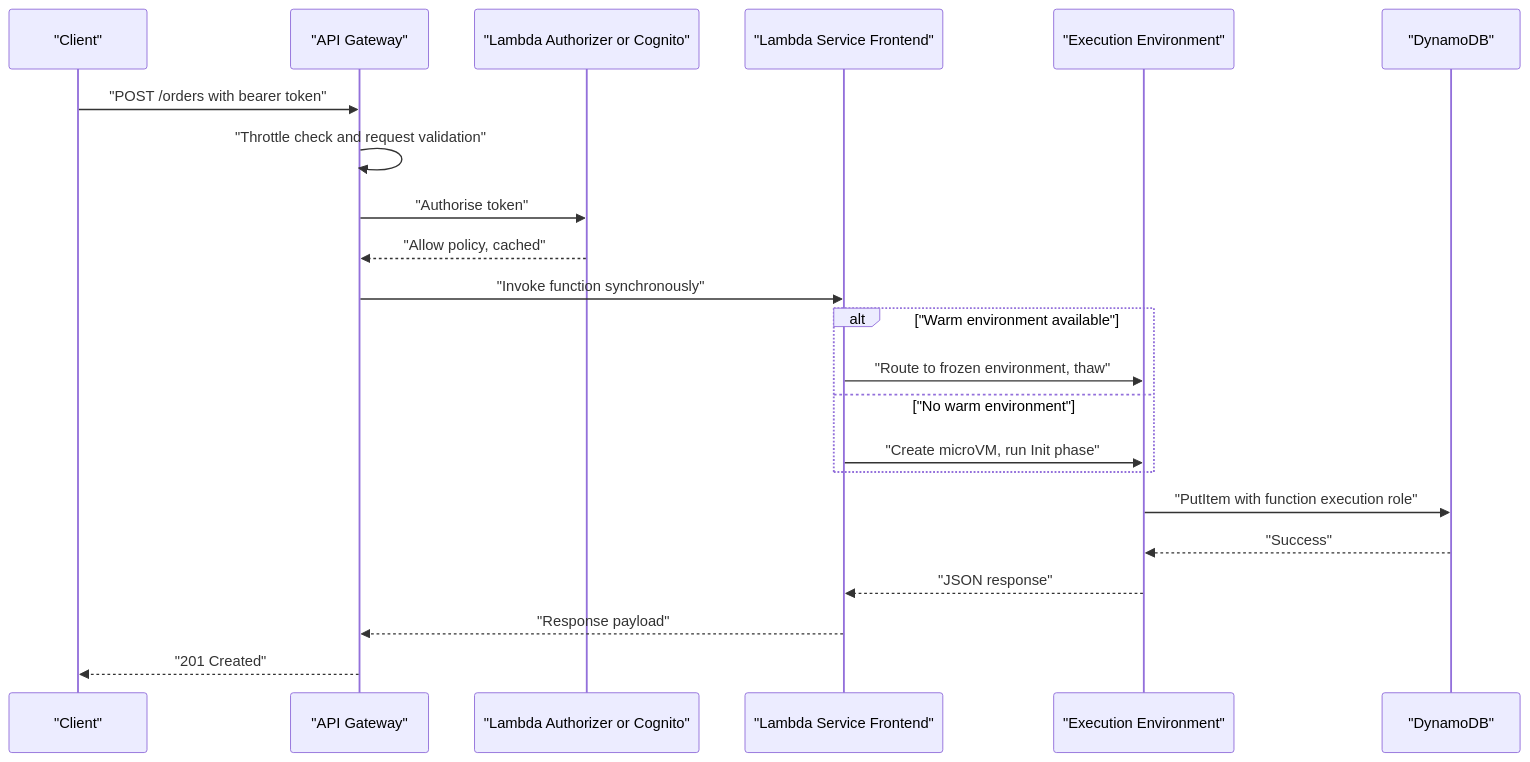
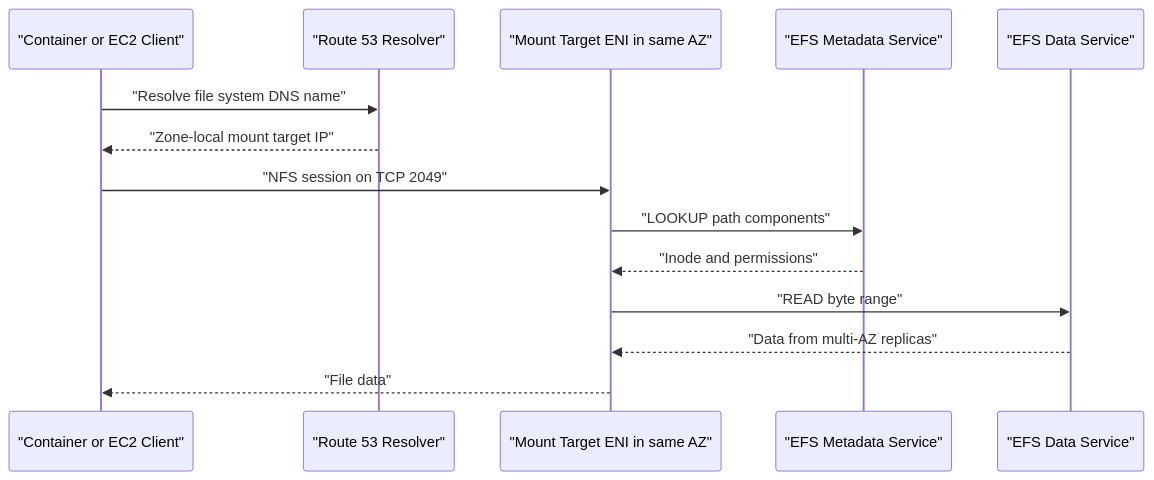
One commit to norbutlepcha25/dso303 changed diagram 13 of 22 in docs/unit1/topic4.md. Above: the diagram before and after it, drawn with Mermaid. The commit also changed other lines of this file and 945 other files, not shown here.

````diff
--- a/docs/unit1/topic4.md
+++ b/docs/unit1/topic4.md
@@ -616,25 +638,16 @@
 ```mermaid
 sequenceDiagram
-    participant U as "Client"
-    participant APIG as "API Gateway"
-    participant AUTH as "Lambda Authorizer or Cognito"
-    participant L as "Lambda Service Frontend"
-    participant EE as "Execution Environment"
-    participant DDB as "DynamoDB"
-
-    U->>APIG: "POST /orders with bearer token"
-    APIG->>APIG: "Throttle check and request validation"
-    APIG->>AUTH: "Authorise token"
-    AUTH-->>APIG: "Allow policy, cached"
-    APIG->>L: "Invoke function synchronously"
-    alt "Warm environment available"
-        L->>EE: "Route to frozen environment, thaw"
-    else "No warm environment"
-        L->>EE: "Create microVM, run Init phase"
-    end
-    EE->>DDB: "PutItem with function execution role"
-    DDB-->>EE: "Success"
-    EE-->>L: "JSON response"
-    L-->>APIG: "Response payload"
-    APIG-->>U: "201 Created"
+    participant C as "Container or EC2 Client"
+    participant DNS as "Route 53 Resolver"
+    participant MT as "Mount Target ENI in same AZ"
+    participant MD as "EFS Metadata Service"
+    participant DS as "EFS Data Service"
+    C->>DNS: "Resolve file system DNS name"
+    DNS-->>C: "Zone-local mount target IP"
+    C->>MT: "NFS session on TCP 2049"
+    MT->>MD: "LOOKUP path components"
+    MD-->>MT: "Inode and permissions"
+    MT->>DS: "READ byte range"
+    DS-->>MT: "Data from multi-AZ replicas"
+    MT-->>C: "File data"
 ```
````
